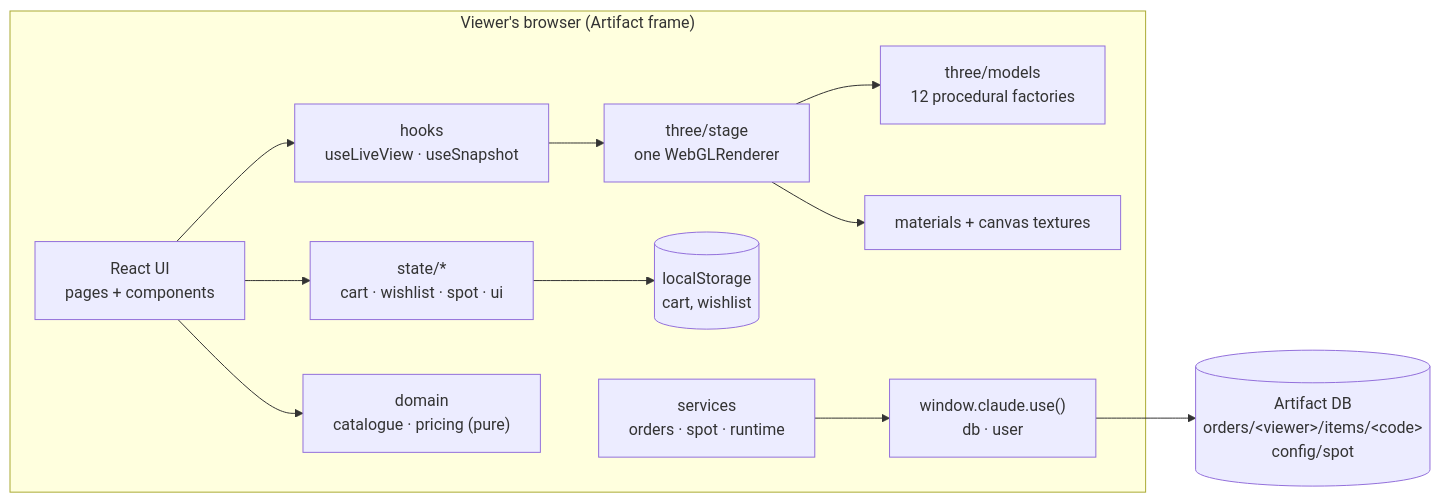
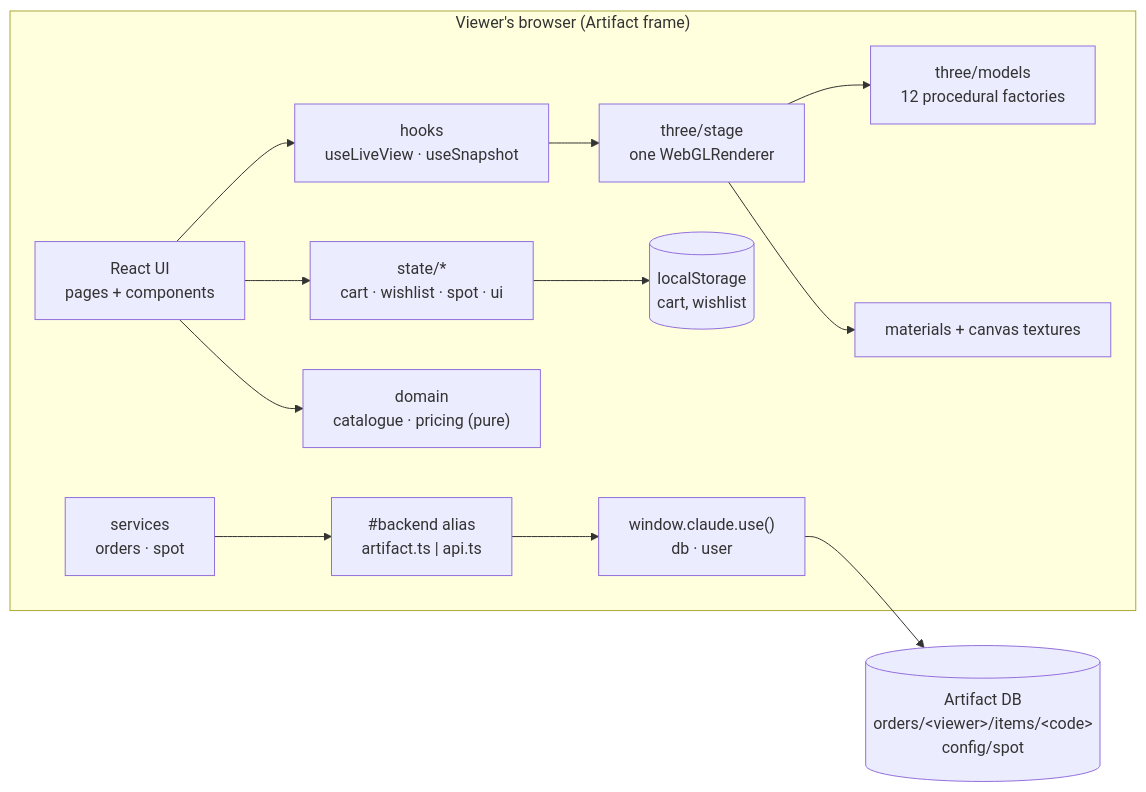
Before and after one commit to Lvnc9/Gold-Shop: the diagram in docs/architecture.md, drawn with Mermaid. The commit also changed other lines of this file and 14 other files, not shown here.

First line of the commit message:
feat(services): pluggable backend with REST adapter; ledger sign-in and stats

````diff
--- a/docs/architecture.md
+++ b/docs/architecture.md
@@ -7,14 +14,15 @@
 ```mermaid
 flowchart LR
   subgraph Browser["Viewer's browser (Artifact frame)"]
     UI["React UI<br/>pages + components"] --> Stores["state/*<br/>cart · wishlist · spot · ui"]
     UI --> Hooks["hooks<br/>useLiveView · useSnapshot"]
     Hooks --> Stage["three/stage<br/>one WebGLRenderer"]
     Stage --> Models["three/models<br/>12 procedural factories"]
     Stage --> Mat["materials + canvas textures"]
     UI --> Domain["domain<br/>catalogue · pricing (pure)"]
     Stores --> LS[("localStorage<br/>cart, wishlist")]
-    Services["services<br/>orders · spot · runtime"] --> Runtime["window.claude.use()<br/>db · user"]
+    Services["services<br/>orders · spot"] --> Backend["#backend alias<br/>artifact.ts | api.ts"]
+    Backend --> Runtime["window.claude.use()<br/>db · user"]
   end
   Runtime --> DB[("Artifact DB<br/>orders/&lt;viewer&gt;/items/&lt;code&gt;<br/>config/spot")]
 ```
````
